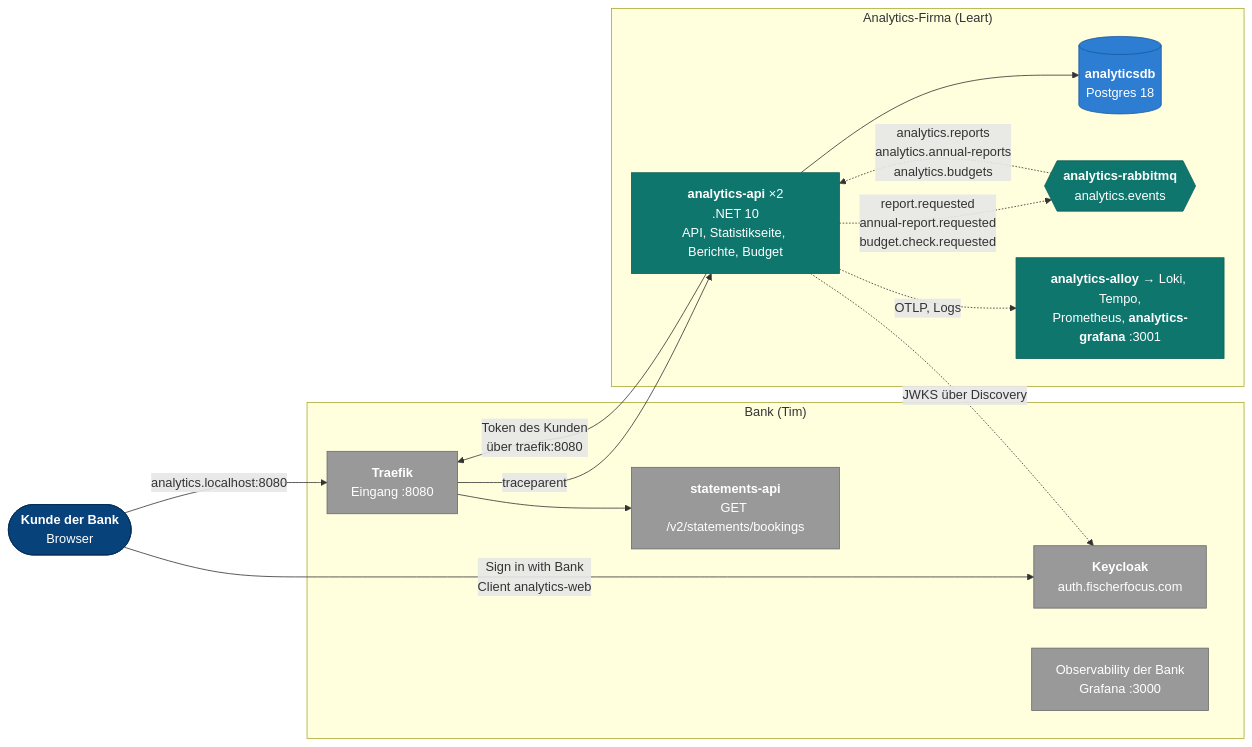
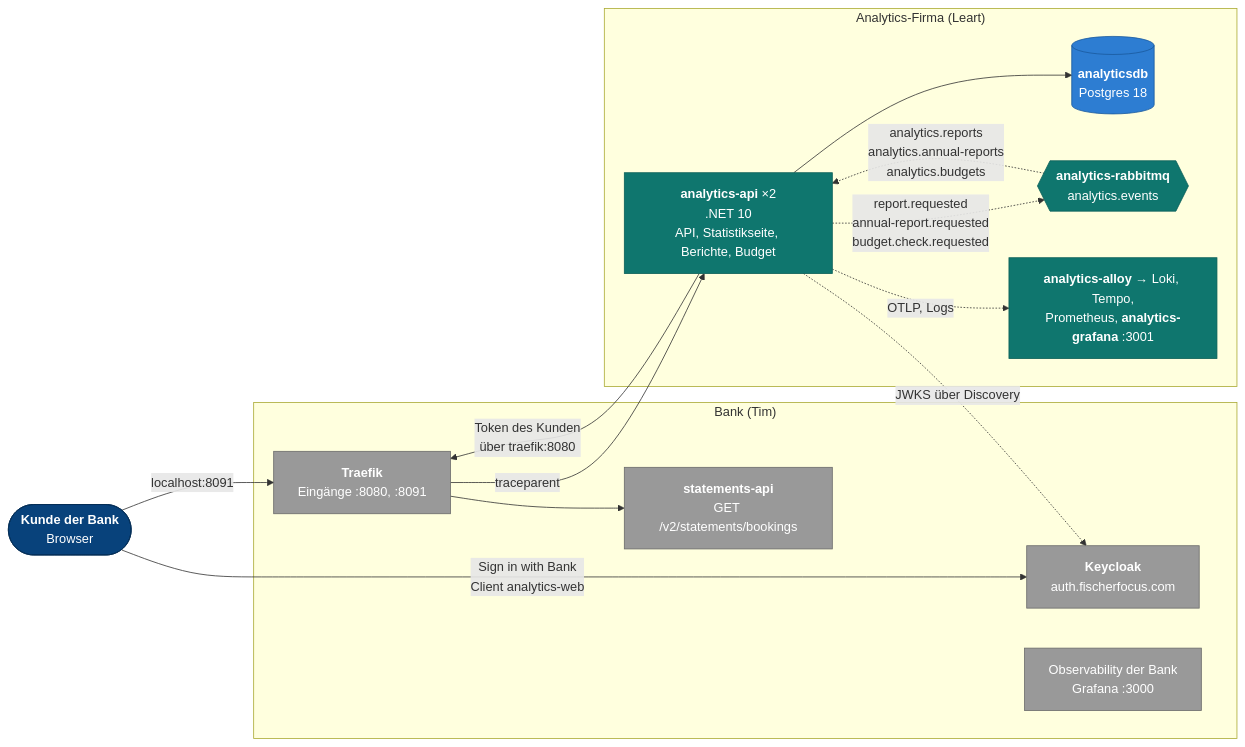
Before and after one commit to Leart165/321_leart: the first of 6 diagrams in docs/architecture.md, drawn with Mermaid. The commit also changed other lines of this file and 20 other files, not shown here.

````diff
--- a/docs/architecture.md
+++ b/docs/architecture.md
@@ -15,38 +15,38 @@
 ```mermaid
 flowchart LR
     kunde(["<b>Kunde der Bank</b><br/>Browser"])
 
     subgraph bank["Bank (Tim)"]
-        traefik["<b>Traefik</b><br/>Eingang :8080"]
+        traefik["<b>Traefik</b><br/>Eingänge :8080, :8091"]
         kc["<b>Keycloak</b><br/>auth.fischerfocus.com"]
         stmt["<b>statements-api</b><br/>GET /v2/statements/bookings"]
         bobs["Observability der Bank<br/>Grafana :3000"]
     end
 
     subgraph partner["Analytics-Firma (Leart)"]
         api["<b>analytics-api</b> ×2<br/>.NET 10<br/>API, Statistikseite, Berichte, Budget"]
         db[("<b>analyticsdb</b><br/>Postgres 18")]
         amq{{"<b>analytics-rabbitmq</b><br/>analytics.events"}}
         obs["<b>analytics-alloy</b> → Loki, Tempo,<br/>Prometheus, <b>analytics-grafana</b> :3001"]
     end
 
     kunde -->|"Sign in with Bank<br/>Client analytics-web"| kc
-    kunde -->|"analytics.localhost:8080"| traefik
+    kunde -->|"localhost:8091"| traefik
     traefik -->|"traceparent"| api
     api -->|"Token des Kunden<br/>über traefik:8080"| traefik
     traefik --> stmt
     api -.->|"JWKS über Discovery"| kc
     api --> db
     api -.->|"report.requested<br/>annual-report.requested<br/>budget.check.requested"| amq
     amq -.->|"analytics.reports<br/>analytics.annual-reports<br/>analytics.budgets"| api
     api -.->|"OTLP, Logs"| obs
 
     classDef person fill:#08427b,stroke:#052e56,color:#ffffff
     classDef mine fill:#0f766e,stroke:#0b5f58,color:#ffffff
     classDef store fill:#2d7dd2,stroke:#1a5a9e,color:#ffffff
     classDef other fill:#999999,stroke:#6b6b6b,color:#ffffff
     class kunde person
     class api,amq,obs mine
     class db store
     class traefik,kc,stmt,bobs other
 ```
````
